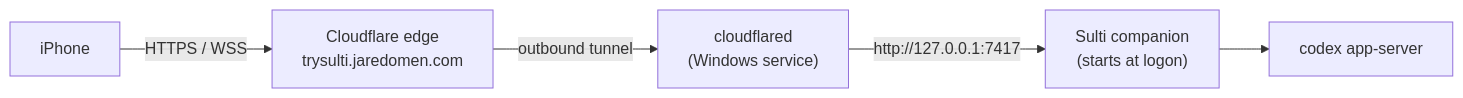
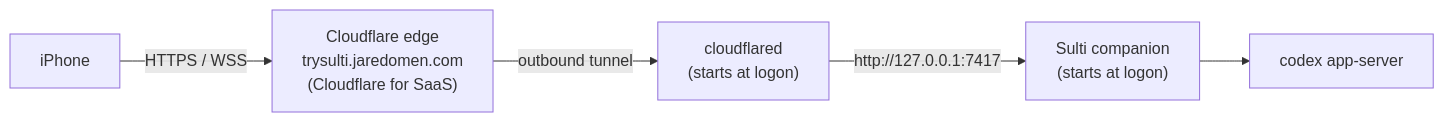
The diagram in docs/DEPLOY.md (karl2522/sulti), drawn with Mermaid before and after one commit. The commit also changed other lines of this file and 2 other files, not shown here.

Commit message:
feat: run the Cloudflare tunnel at logon; deploy via Cloudflare for SaaS so jaredomen.com DNS stays on Vercel

````diff
--- a/docs/DEPLOY.md
+++ b/docs/DEPLOY.md
@@ -5,7 +5,7 @@
 ```mermaid
 flowchart LR
-  iPhone -->|"HTTPS / WSS"| CF["Cloudflare edge<br/>trysulti.jaredomen.com"]
-  CF -->|"outbound tunnel"| CD["cloudflared<br/>(Windows service)"]
+  iPhone -->|"HTTPS / WSS"| CF["Cloudflare edge<br/>trysulti.jaredomen.com<br/>(Cloudflare for SaaS)"]
+  CF -->|"outbound tunnel"| CD["cloudflared<br/>(starts at logon)"]
   CD -->|"http://127.0.0.1:7417"| C["Sulti companion<br/>(starts at logon)"]
   C --> Codex["codex app-server"]
 ```
````
